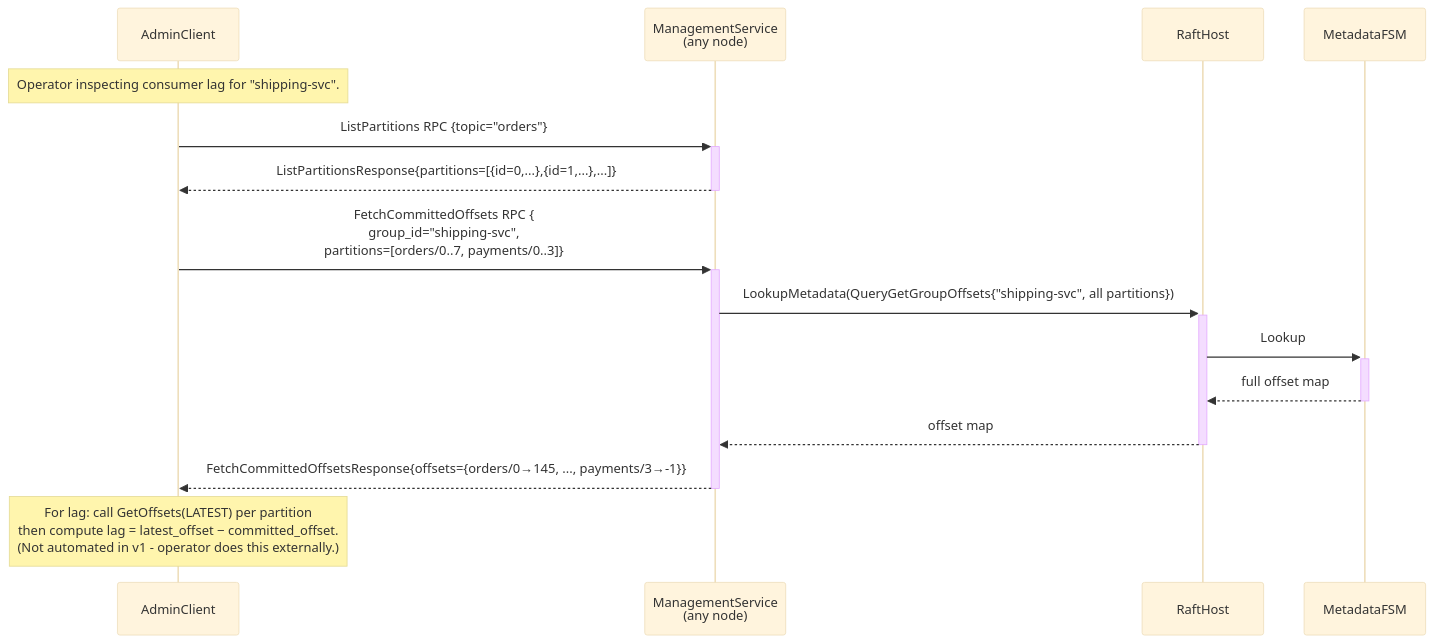
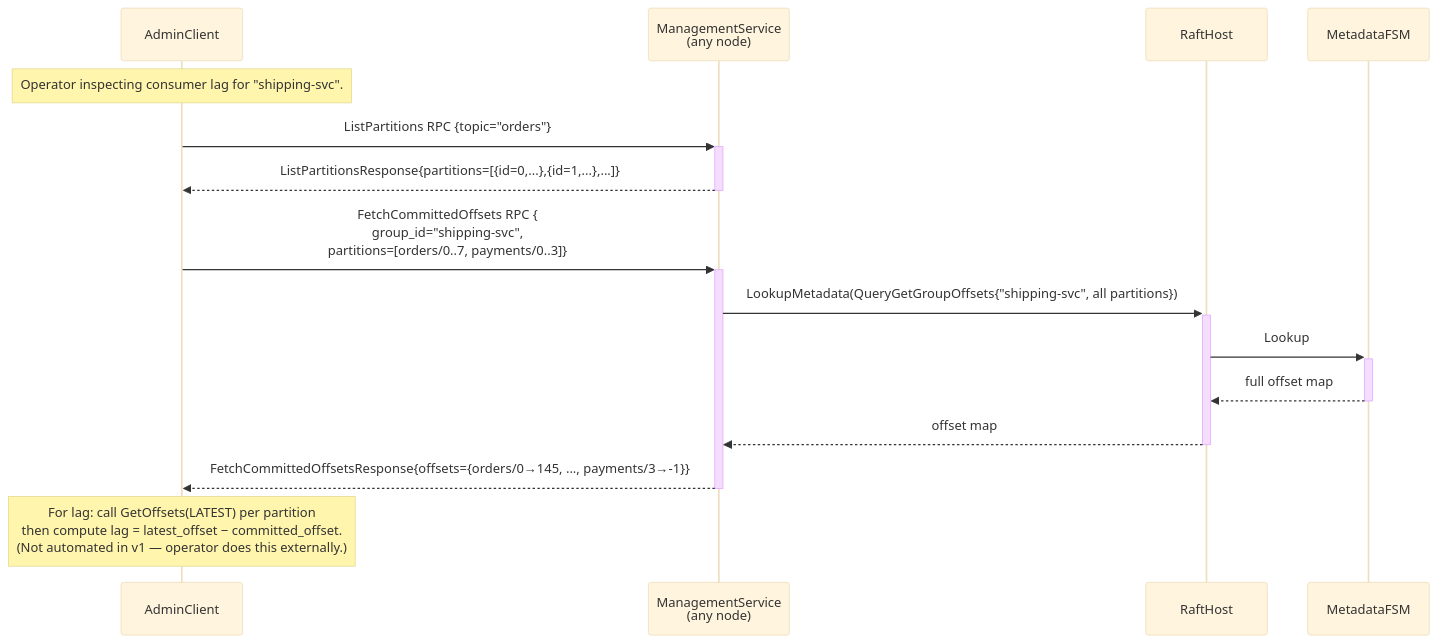
Before and after one commit to bunnymq/bunnymq: the fourth of 4 diagrams in docs/design/sequence/offset-fetch.md, drawn with Mermaid (base theme). The commit also changed other lines of this file and 86 other files, not shown here.

````diff
--- a/docs/design/sequence/offset-fetch.md
+++ b/docs/design/sequence/offset-fetch.md
@@ -85,23 +85,23 @@
 ```mermaid
 sequenceDiagram
     participant Admin as AdminClient
     participant MAPI as ManagementService<br/>(any node)
     participant RH as RaftHost
     participant MFSM as MetadataFSM
 
     Note over Admin: Operator inspecting consumer lag for "shipping-svc".
 
     Admin->>+MAPI: ListPartitions RPC {topic="orders"}
     MAPI-->>-Admin: ListPartitionsResponse{partitions=[{id=0,...},{id=1,...},...]}
 
     Admin->>+MAPI: FetchCommittedOffsets RPC {<br/>group_id="shipping-svc",<br/>partitions=[orders/0..7, payments/0..3]}
 
     MAPI->>+RH: LookupMetadata(QueryGetGroupOffsets{"shipping-svc", all partitions})
     RH->>+MFSM: Lookup
     MFSM-->>-RH: full offset map
     RH-->>-MAPI: offset map
 
     MAPI-->>-Admin: FetchCommittedOffsetsResponse{offsets={orders/0→145, ..., payments/3→-1}}
 
-    Note over Admin: For lag: call GetOffsets(LATEST) per partition<br/>then compute lag = latest_offset − committed_offset.<br/>(Not automated in v1 - operator does this externally.)
+    Note over Admin: For lag: call GetOffsets(LATEST) per partition<br/>then compute lag = latest_offset − committed_offset.<br/>(Not automated in v1 — operator does this externally.)
 ```
````
